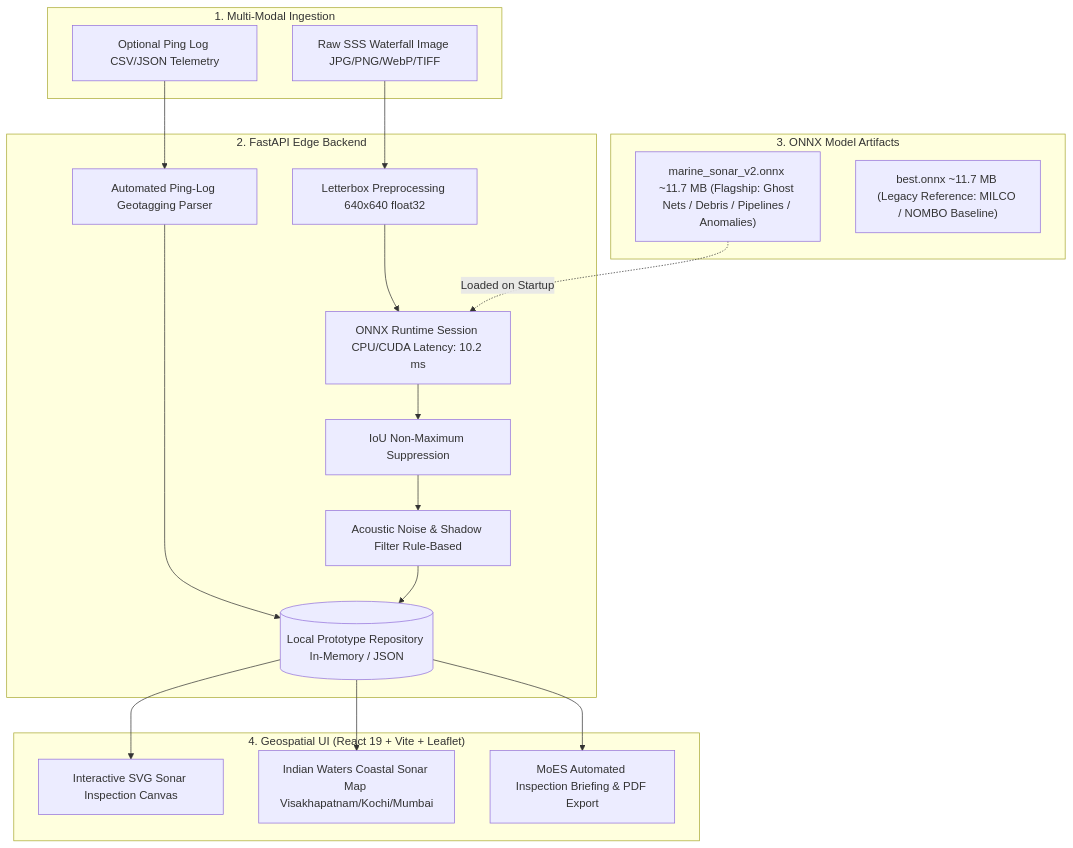
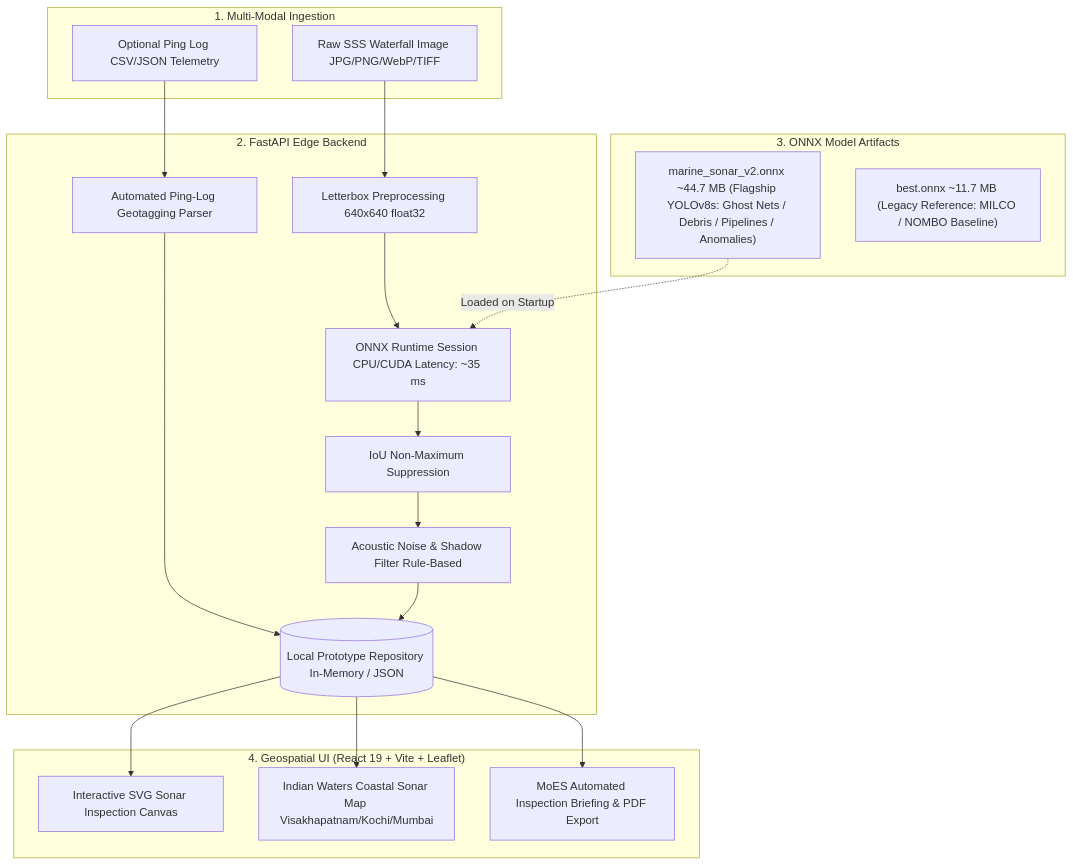
Before and after one commit to jayraj175coder/side_sonar_detection_ml: the diagram in README.md, drawn with Mermaid. The commit also changed other lines of this file, not shown here.

Commit message:
Update README.md with production YOLOv8s model specs, 5205 dataset, and real empirical benchmarks (74.1% mAP50)

````diff
--- a/README.md
+++ b/README.md
@@ -42,35 +43,35 @@
 ```mermaid
 flowchart TD
     subgraph Ingestion ["1. Multi-Modal Ingestion"]
         Image[Raw SSS Waterfall Image JPG/PNG/WebP/TIFF]
         Log[Optional Ping Log CSV/JSON Telemetry]
     end
 
     subgraph Backend ["2. FastAPI Edge Backend"]
         Parser[Automated Ping-Log Geotagging Parser]
         Pre[Letterbox Preprocessing 640x640 float32]
-        ONNX[ONNX Runtime Session CPU/CUDA Latency: 10.2 ms]
+        ONNX[ONNX Runtime Session CPU/CUDA Latency: ~35 ms]
         NMS[IoU Non-Maximum Suppression]
         NoiseFilter[Acoustic Noise & Shadow Filter Rule-Based]
         Repo[(Local Prototype Repository In-Memory / JSON)]
     end
 
     subgraph Flagship_Model ["3. ONNX Model Artifacts"]
-        V2Weights["marine_sonar_v2.onnx ~11.7 MB (Flagship: Ghost Nets / Debris / Pipelines / Anomalies)"]
+        V2Weights["marine_sonar_v2.onnx ~44.7 MB (Flagship YOLOv8s: Ghost Nets / Debris / Pipelines / Anomalies)"]
         BaseWeights["best.onnx ~11.7 MB (Legacy Reference: MILCO / NOMBO Baseline)"]
     end
 
     subgraph Client ["4. Geospatial UI (React 19 + Vite + Leaflet)"]
         Canvas[Interactive SVG Sonar Inspection Canvas]
         Map[Indian Waters Coastal Sonar Map Visakhapatnam/Kochi/Mumbai]
         Report[MoES Automated Inspection Briefing & PDF Export]
     end
 
     Image --> Pre --> ONNX
     Log --> Parser --> Repo
     V2Weights -.->|Loaded on Startup| ONNX
     ONNX --> NMS --> NoiseFilter --> Repo
     Repo --> Canvas
     Repo --> Map
     Repo --> Report
 ```
````
